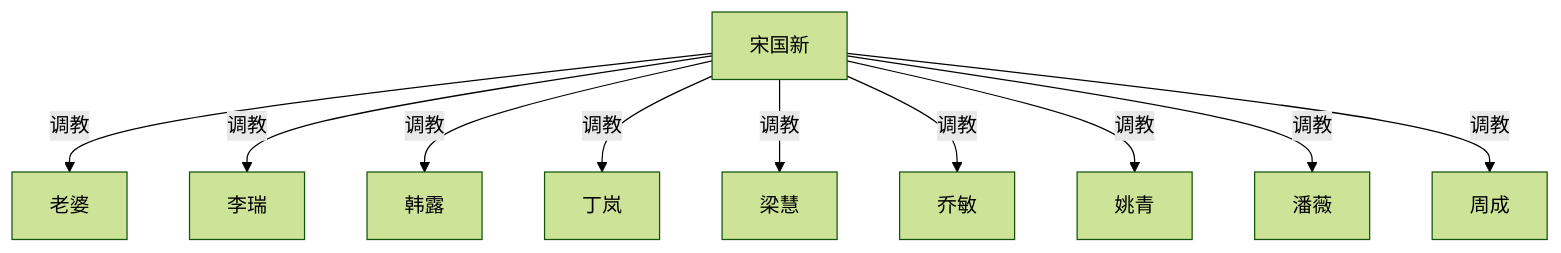
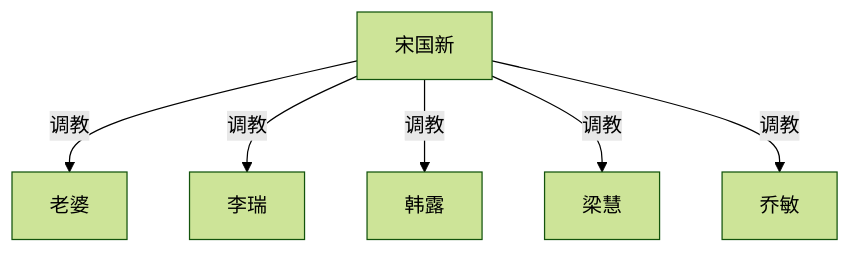
One commit to victor-w-ma/victor-w-ma.github.io changed the diagram in _posts/ideas/cuckold-slave-continuation-plan.md. Above: the diagram before and after it, drawn with Mermaid (forest theme). The commit also changed other lines of this file, not shown here.

First line of the commit message:
Shrink Song's other women to three people.

````diff
--- a/_posts/ideas/cuckold-slave-continuation-plan.md
+++ b/_posts/ideas/cuckold-slave-continuation-plan.md
@@ -23,22 +23,14 @@
 ```mermaid
 graph TD
  song["宋国新"]
  wife["老婆"]
  li["李瑞"]
  hanlu["韩露"]
- dinglan["丁岚"]
  lianghui["梁慧"]
  qiaomin["乔敏"]
- yaoqing["姚青"]
- panwei["潘薇"]
- zhoucheng["周成"]
  song -->|调教| wife
  song -->|调教| li
  song -->|调教| hanlu
- song -->|调教| dinglan
  song -->|调教| lianghui
  song -->|调教| qiaomin
- song -->|调教| yaoqing
- song -->|调教| panwei
- song -->|调教| zhoucheng
 ```
````
